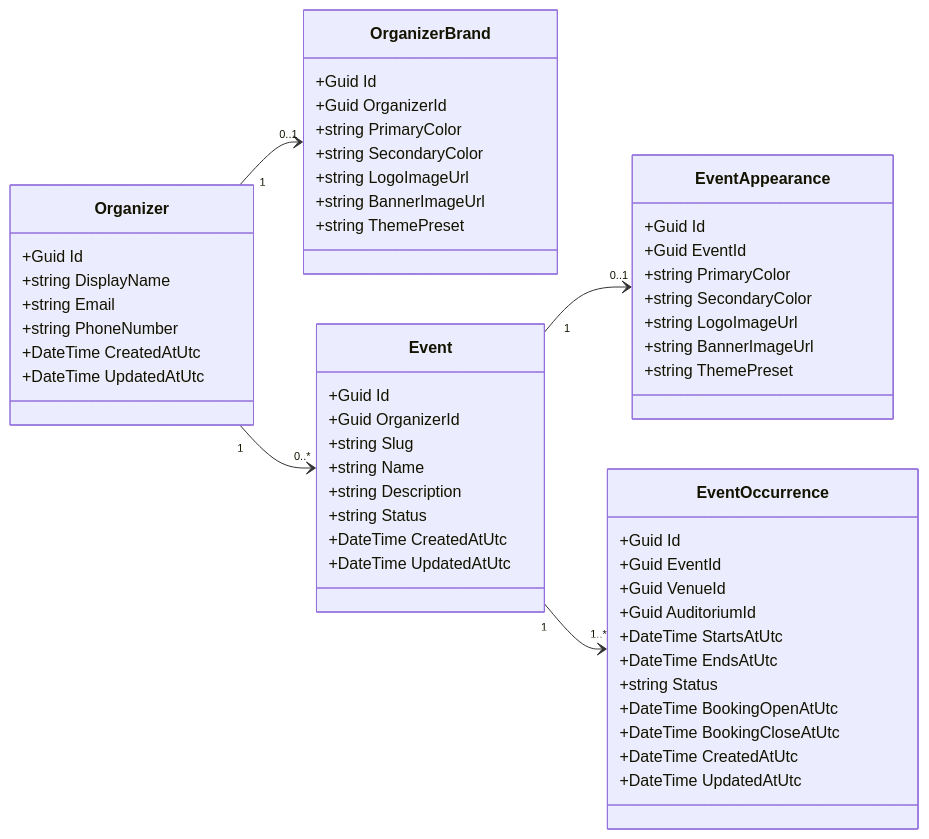
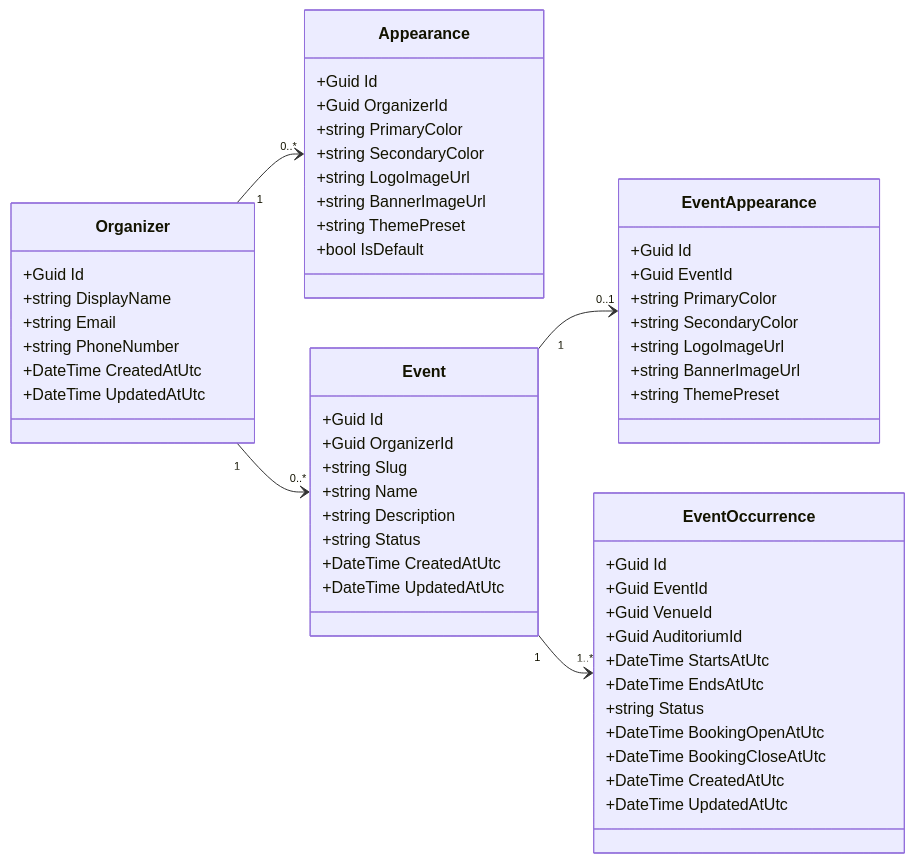
One commit to bprof-spec-codes/seatify changed the diagram in docs/architecture/organdevent.md. Above: the diagram before and after it, drawn with Mermaid. The commit also changed other lines of this file and 3 other files, not shown here.

Commit message:
update architecture documentation for booking flow, database schema, organizations, and seat layouts

````diff
--- a/docs/architecture/organdevent.md
+++ b/docs/architecture/organdevent.md
@@ -361,64 +364,65 @@
 ```mermaid
 classDiagram
 direction LR
 
 class Organizer {
   +Guid Id
   +string DisplayName
   +string Email
   +string PhoneNumber
   +DateTime CreatedAtUtc
   +DateTime UpdatedAtUtc
 }
 
-class OrganizerBrand {
+class Appearance {
   +Guid Id
   +Guid OrganizerId
   +string PrimaryColor
   +string SecondaryColor
   +string LogoImageUrl
   +string BannerImageUrl
   +string ThemePreset
+  +bool IsDefault
 }
 
 class Event {
   +Guid Id
   +Guid OrganizerId
   +string Slug
   +string Name
   +string Description
   +string Status
   +DateTime CreatedAtUtc
   +DateTime UpdatedAtUtc
 }
 
 class EventAppearance {
   +Guid Id
   +Guid EventId
   +string PrimaryColor
   +string SecondaryColor
   +string LogoImageUrl
   +string BannerImageUrl
   +string ThemePreset
 }
 
 class EventOccurrence {
   +Guid Id
   +Guid EventId
   +Guid VenueId
   +Guid AuditoriumId
   +DateTime StartsAtUtc
   +DateTime EndsAtUtc
   +string Status
   +DateTime BookingOpenAtUtc
   +DateTime BookingCloseAtUtc
   +DateTime CreatedAtUtc
   +DateTime UpdatedAtUtc
 }
 
 Organizer "1" --> "0..*" Event
-Organizer "1" --> "0..1" OrganizerBrand
+Organizer "1" --> "0..*" Appearance
 
 Event "1" --> "0..1" EventAppearance
 Event "1" --> "1..*" EventOccurrence
 ```
````
